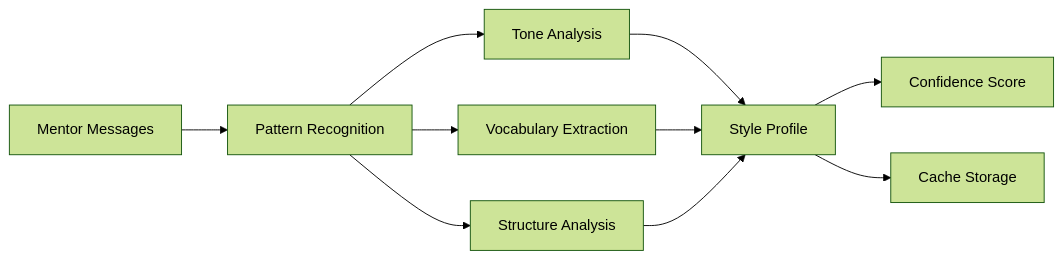
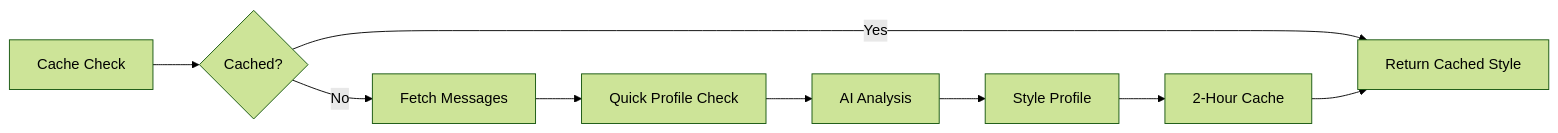
Before and after one commit to xandylearning/zulip: the third of 14 diagrams in docs/development/ai agent/ai-agent-architecture.md, drawn with Mermaid (forest theme). The commit also changed other lines of this file and 27 other files, not shown here.

````diff
--- a/docs/development/ai agent/ai-agent-architecture.md
+++ b/docs/development/ai agent/ai-agent-architecture.md
@@ -130,12 +161,11 @@
 ```mermaid
 graph LR
-    A[Mentor Messages] --> B[Pattern Recognition]
-    B --> C[Tone Analysis]
-    B --> D[Vocabulary Extraction]
-    B --> E[Structure Analysis]
-    C --> F[Style Profile]
-    D --> F
-    E --> F
-    F --> G[Confidence Score]
-    F --> H[Cache Storage]
+    A[Cache Check] --> B{Cached?}
+    B -->|Yes| C[Return Cached Style]
+    B -->|No| D[Fetch Messages]
+    D --> E[Quick Profile Check]
+    E --> F[AI Analysis]
+    F --> G[Style Profile]
+    G --> H[2-Hour Cache]
+    H --> C
 ```
````
